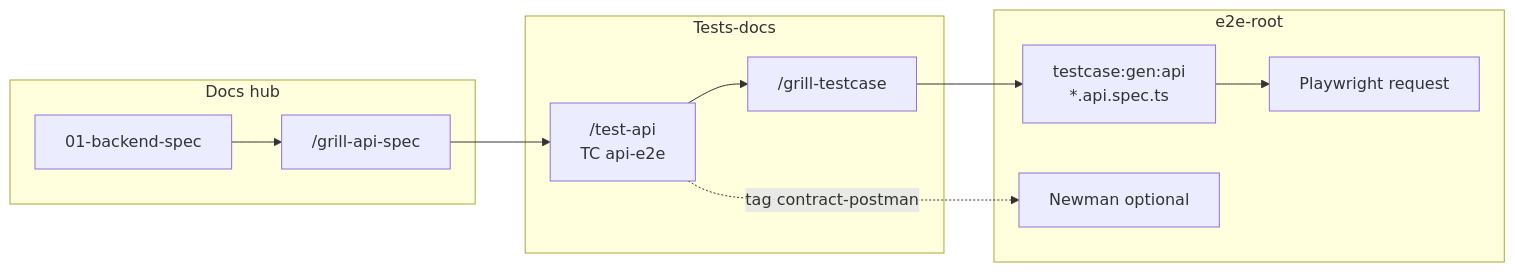
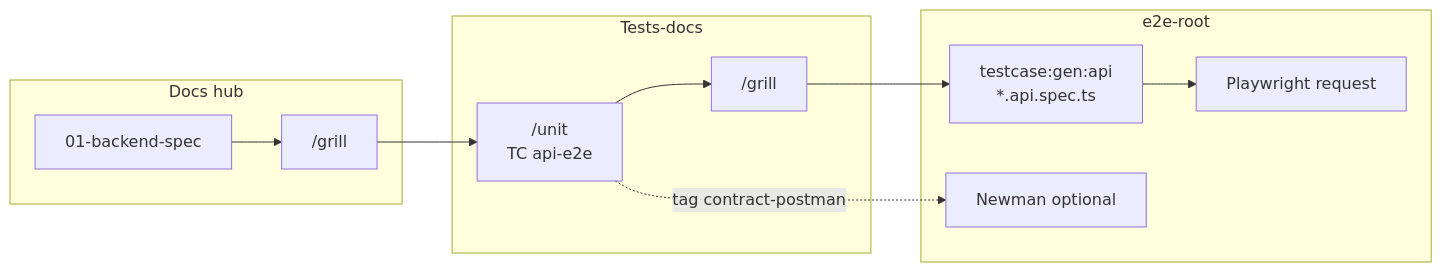
Before and after one commit to ShanYuCoder/Doc-CoSquad: the fifth of 5 diagrams in vi/workflows/test.md, drawn with Mermaid. The commit also changed other lines of this file and 302 other files, not shown here.

````diff
--- a/vi/workflows/test.md
+++ b/vi/workflows/test.md
@@ -204,19 +203,19 @@
 ```mermaid
 flowchart LR
   subgraph DOCS["Docs hub"]
     O1["01-backend-spec"]
-    GAS["/grill-api-spec"]
+    GAS["/grill"]
   end
   subgraph HUB["Tests-docs"]
-    TA["/test-api\nTC api-e2e"]
-    GTG["/grill-testcase"]
+    TA["/unit\nTC api-e2e"]
+    GTG["/grill"]
   end
   subgraph RUN["e2e-root"]
     PG["testcase:gen:api\n*.api.spec.ts"]
     PW["Playwright request"]
     NM["Newman optional"]
   end
 
   O1 --> GAS --> TA --> GTG --> PG --> PW
   TA -.->|tag contract-postman| NM
 ```
````
